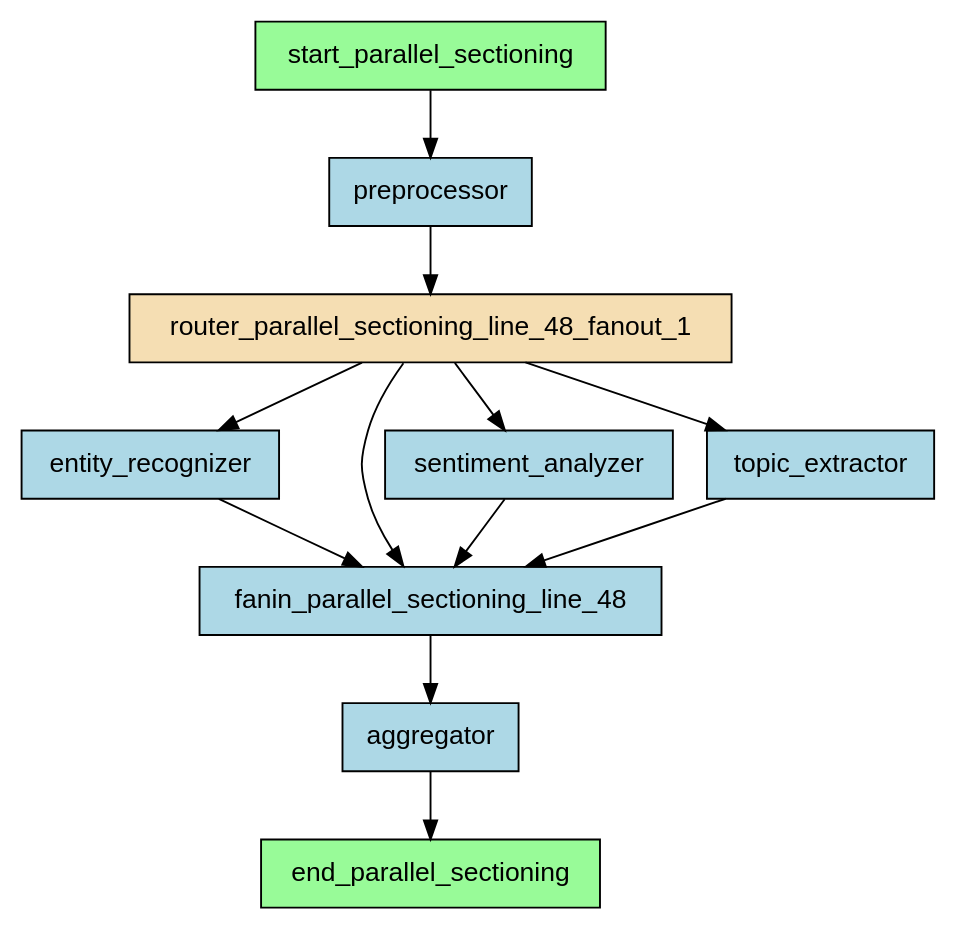
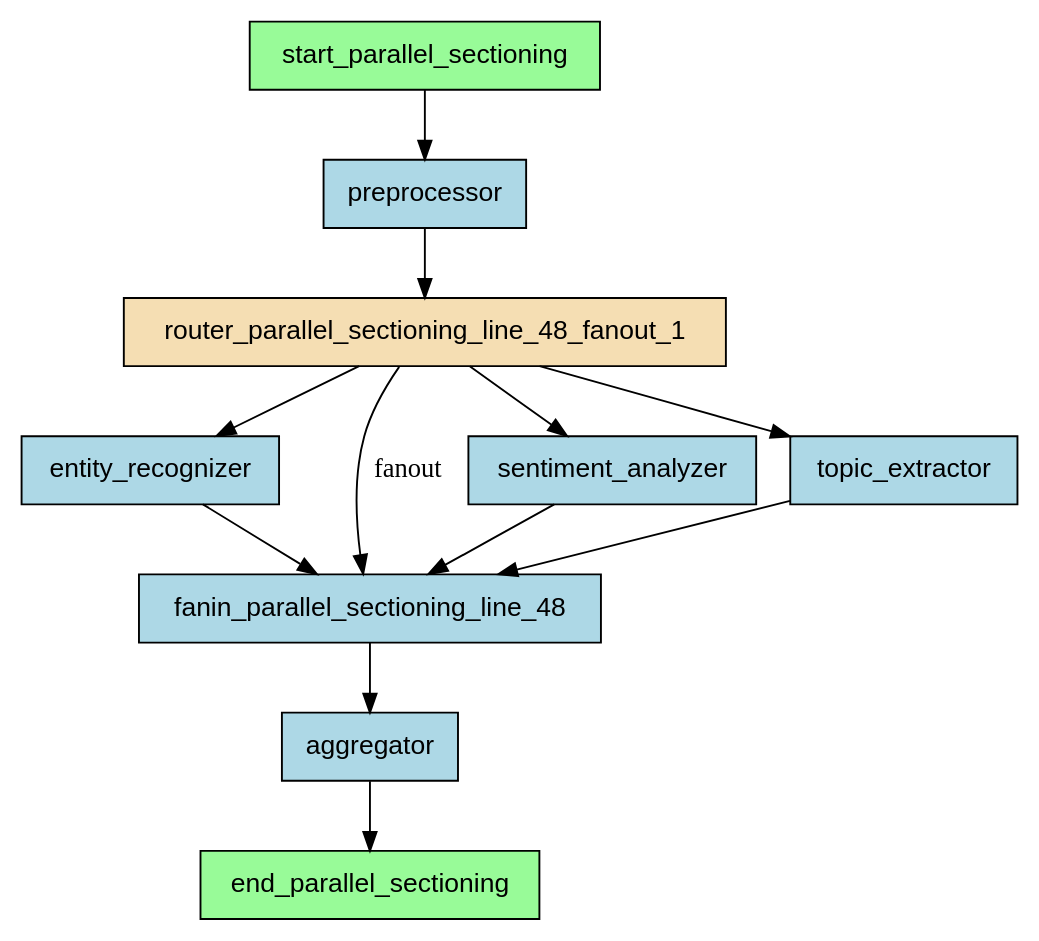
The diagram in examples/flows/agentic/compiled/parallel_sectioning/flow.dot (deliveryhero/asya), drawn with Graphviz before and after one commit. The commit also changed 79 other files, not shown here.

First line of the commit message:
feat(analyzer): add fanout labels to router-to-aggregator edges

```diff
--- a/examples/flows/agentic/compiled/parallel_sectioning/flow.dot
+++ b/examples/flows/agentic/compiled/parallel_sectioning/flow.dot
@@ -1,26 +1,26 @@
 digraph "parallel_sectioning" {
     rankdir=TB;
     node [shape=box, style=filled, fontname="Helvetica"];
 
     aggregator [label="aggregator", fillcolor=lightblue];
     end_parallel_sectioning [label="end_parallel_sectioning", fillcolor=palegreen];
     entity_recognizer [label="entity_recognizer", fillcolor=lightblue];
     fanin_parallel_sectioning_line_48 [label="fanin_parallel_sectioning_line_48", fillcolor=lightblue];
     preprocessor [label="preprocessor", fillcolor=lightblue];
     router_parallel_sectioning_line_48_fanout_1 [label="router_parallel_sectioning_line_48_fanout_1", fillcolor=wheat];
     sentiment_analyzer [label="sentiment_analyzer", fillcolor=lightblue];
     start_parallel_sectioning [label="start_parallel_sectioning", fillcolor=palegreen];
     topic_extractor [label="topic_extractor", fillcolor=lightblue];
 
     start_parallel_sectioning -> preprocessor;
     preprocessor -> router_parallel_sectioning_line_48_fanout_1;
-    router_parallel_sectioning_line_48_fanout_1 -> fanin_parallel_sectioning_line_48;
+    router_parallel_sectioning_line_48_fanout_1 -> fanin_parallel_sectioning_line_48 [label="fanout"];
     fanin_parallel_sectioning_line_48 -> aggregator;
     router_parallel_sectioning_line_48_fanout_1 -> sentiment_analyzer;
     sentiment_analyzer -> fanin_parallel_sectioning_line_48;
     router_parallel_sectioning_line_48_fanout_1 -> topic_extractor;
     topic_extractor -> fanin_parallel_sectioning_line_48;
     router_parallel_sectioning_line_48_fanout_1 -> entity_recognizer;
     entity_recognizer -> fanin_parallel_sectioning_line_48;
     aggregator -> end_parallel_sectioning;
 }
```
